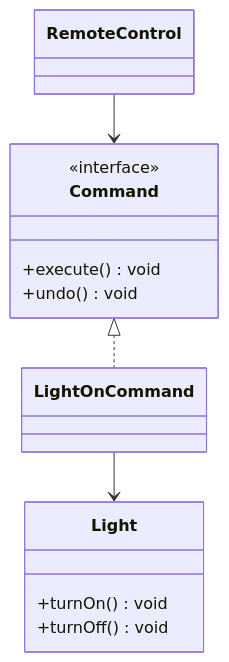
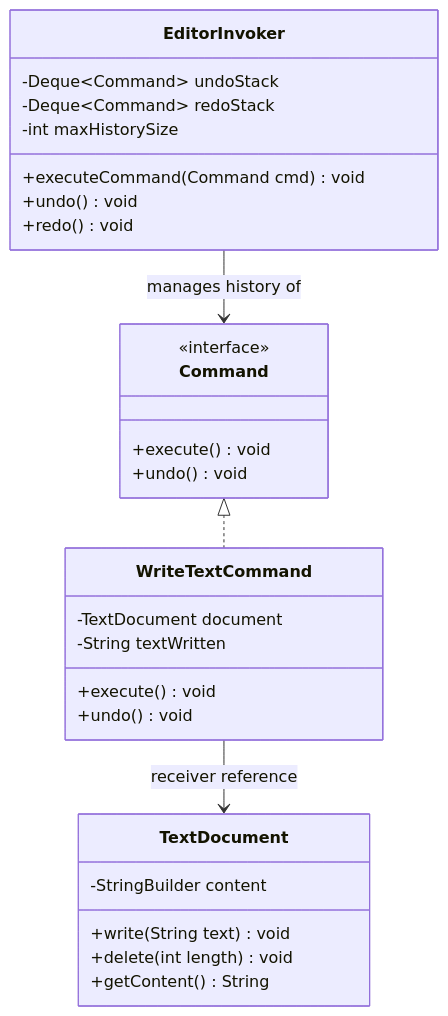
The first of 2 diagrams in low-level-design/concepts/10-command-pattern.md (gp330841/interview), drawn with Mermaid before and after one commit. The commit also changed other lines of this file and 66 other files, not shown here.

````diff
--- a/low-level-design/concepts/10-command-pattern.md
+++ b/low-level-design/concepts/10-command-pattern.md
@@ -9,15 +29,32 @@
 ```mermaid
 classDiagram
-    RemoteControl --> Command
-    Command <|.. LightOnCommand
-    LightOnCommand --> Light
+    direction TB
     class Command {
         <<interface>>
         +execute() void
         +undo() void
     }
-    class Light {
-        +turnOn() void
-        +turnOff() void
+    class WriteTextCommand {
+        -TextDocument document
+        -String textWritten
+        +execute() void
+        +undo() void
     }
+    class TextDocument {
+        -StringBuilder content
+        +write(String text) void
+        +delete(int length) void
+        +getContent() String
+    }
+    class EditorInvoker {
+        -Deque~Command~ undoStack
+        -Deque~Command~ redoStack
+        -int maxHistorySize
+        +executeCommand(Command cmd) void
+        +undo() void
+        +redo() void
+    }
+    EditorInvoker --> Command : manages history of
+    WriteTextCommand --> TextDocument : receiver reference
+    Command <|.. WriteTextCommand
 ```
````
